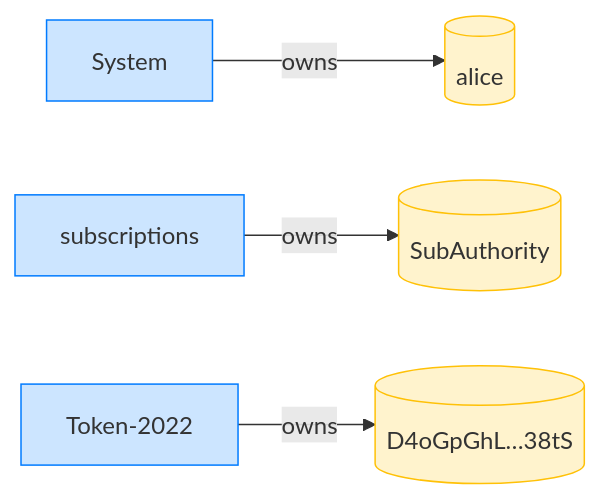
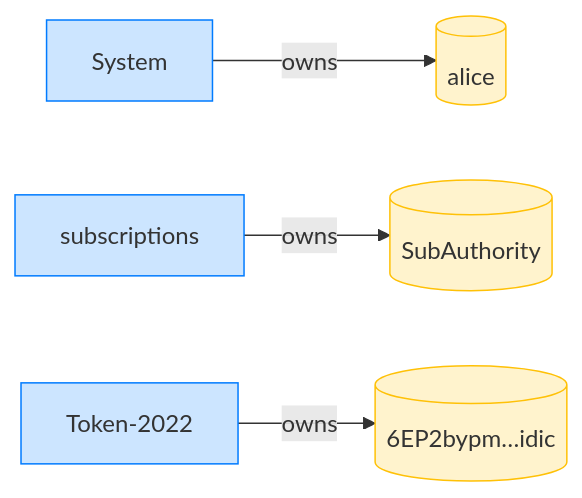
Before and after one commit to cds-rs/subscriptions: the fourth of 12 diagrams in dsl_tests/fixed-transfer-over-a-token-2022-transfer-fee-mint.md, drawn with Mermaid. The commit also changed other lines of this file and 224 other files, not shown here.

````diff
--- a/dsl_tests/fixed-transfer-over-a-token-2022-transfer-fee-mint.md
+++ b/dsl_tests/fixed-transfer-over-a-token-2022-transfer-fee-mint.md
@@ -73,14 +78,14 @@
 ```mermaid
 flowchart LR
     classDef owner fill:#cce5ff,stroke:#007bff;
     classDef account fill:#fff3cd,stroke:#ffc107;
     System[System]:::owner
     alice[(alice)]:::account
     subscriptions[subscriptions]:::owner
     SubAuthority[(SubAuthority)]:::account
     Token_2022["Token-2022"]:::owner
-    D4oGpGhL_38tS[("D4oGpGhL…38tS")]:::account
+    6EP2bypm_idic[("6EP2bypm…idic")]:::account
     System -->|owns| alice
     subscriptions -->|owns| SubAuthority
-    Token_2022 -->|owns| D4oGpGhL_38tS
+    Token_2022 -->|owns| 6EP2bypm_idic
 ```
````
